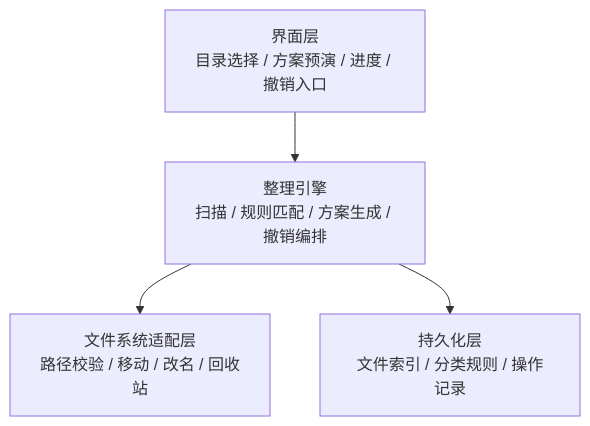
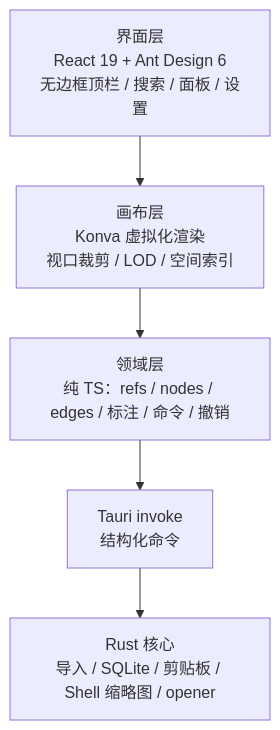
The second of 2 diagrams in docs/spec/00-overview.md (ht-sauce/ploceusTidy), drawn with Mermaid before and after one commit. The commit also changed other lines of this file and 58 other files, not shown here.

````diff
--- a/docs/spec/00-overview.md
+++ b/docs/spec/00-overview.md
@@ -36,6 +36,7 @@
 ```mermaid
 flowchart TB
-    UI[界面层<br/>目录选择 / 方案预演 / 进度 / 撤销入口] --> ENG[整理引擎<br/>扫描 / 规则匹配 / 方案生成 / 撤销编排]
-    ENG --> FS[文件系统适配层<br/>路径校验 / 移动 / 改名 / 回收站]
-    ENG --> STORE[持久化层<br/>文件索引 / 分类规则 / 操作记录]
+    UI[界面层<br/>React 19 + Ant Design 6<br/>无边框顶栏 / 搜索 / 面板 / 设置] --> CANVAS[画布层<br/>Konva 虚拟化渲染<br/>视口裁剪 / LOD / 空间索引]
+    CANVAS --> DOMAIN[领域层<br/>纯 TS：refs / nodes / edges / 标注 / 命令 / 撤销]
+    DOMAIN --> IPC[Tauri invoke<br/>结构化命令]
+    IPC --> CORE[Rust 核心<br/>导入 / SQLite / 剪贴板 / Shell 缩略图 / opener]
 ```
````
